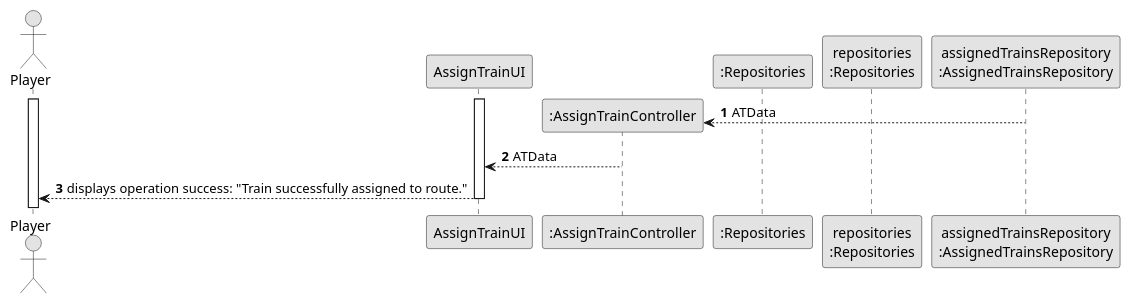
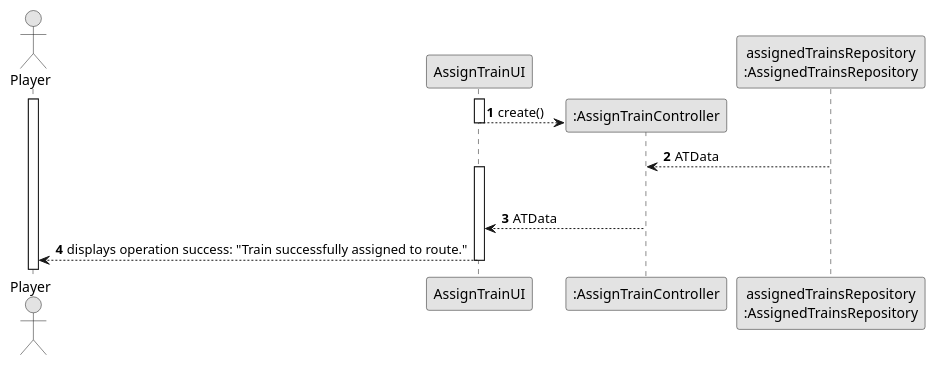
Before and after one commit to goncalolopesp/sem2-pi-24.25-g093-repo: the diagram in docs/system-documentation/US010/03.design/puml/US010-SD-displaySuccess.puml, drawn with PlantUML. The commit also changed 4 other files, not shown here.

```diff
--- a/docs/system-documentation/US010/03.design/puml/US010-SD-displaySuccess.puml
+++ b/docs/system-documentation/US010/03.design/puml/US010-SD-displaySuccess.puml
@@ -1,29 +1,31 @@
 @startuml
 skinparam monochrome true
 skinparam packageStyle rectangle
 skinparam shadowing false
 
 autonumber
 
 actor "Player" as Player
 participant "AssignTrainUI" as ATUI
 
 activate Player
 
 activate ATUI
 
 create ":AssignTrainController" as ATC
 
-participant ":Repositories" as REPO
-participant "repositories\n:Repositories" as repo
 participant "assignedTrainsRepository\n:AssignedTrainsRepository" as ATREPO
 
+ATUI --> ATC : create()
+deactivate ATUI
+
 ATREPO --> ATC : ATData
+activate ATUI
 deactivate ATREPO
 
 ATC --> ATUI : ATData
 deactivate ATC
 
 ATUI --> Player : displays operation success: "Train successfully assigned to route."
 deactivate ATUI
 @enduml
```
